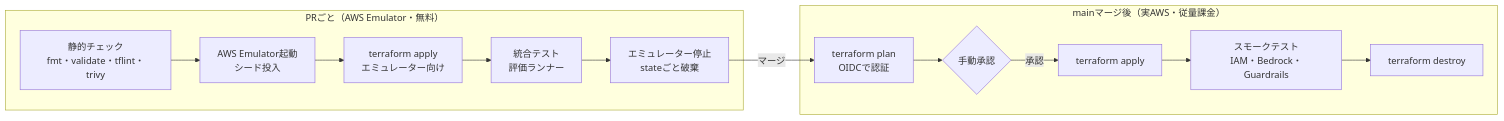
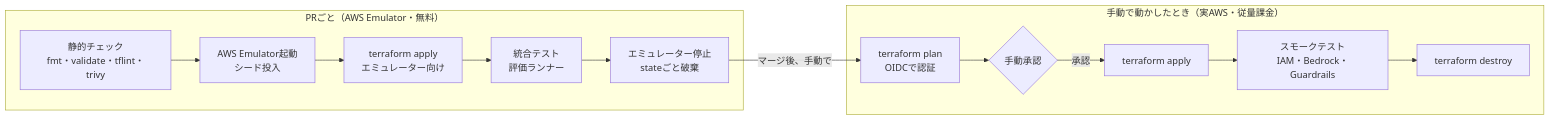
Before and after one commit to Kaaaaazuya/ai-platform-lab: the fourth of 4 diagrams in docs/index.md, drawn with Mermaid. The commit also changed other lines of this file and 3 other files, not shown here.

````diff
--- a/docs/index.md
+++ b/docs/index.md
@@ -244,16 +244,16 @@
 ```mermaid
 flowchart LR
   subgraph PR["PRごと（AWS Emulator・無料）"]
     A["静的チェック<br/>fmt・validate・tflint・trivy"] --> B["AWS Emulator起動<br/>シード投入"]
     B --> C["terraform apply<br/>エミュレーター向け"]
     C --> D["統合テスト<br/>評価ランナー"]
     D --> E["エミュレーター停止<br/>stateごと破棄"]
   end
-  subgraph MAIN["mainマージ後（実AWS・従量課金）"]
+  subgraph MAIN["手動で動かしたとき（実AWS・従量課金）"]
     F["terraform plan<br/>OIDCで認証"] --> G{"手動承認"}
     G -->|承認| H["terraform apply"]
     H --> I["スモークテスト<br/>IAM・Bedrock・Guardrails"]
     I --> J["terraform destroy"]
   end
-  E -->|マージ| F
+  E -->|マージ後、手動で| F
 ```
````
